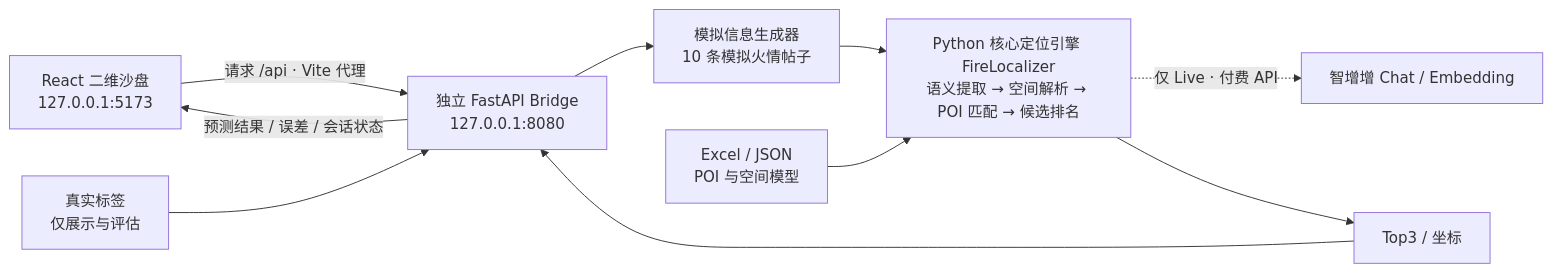
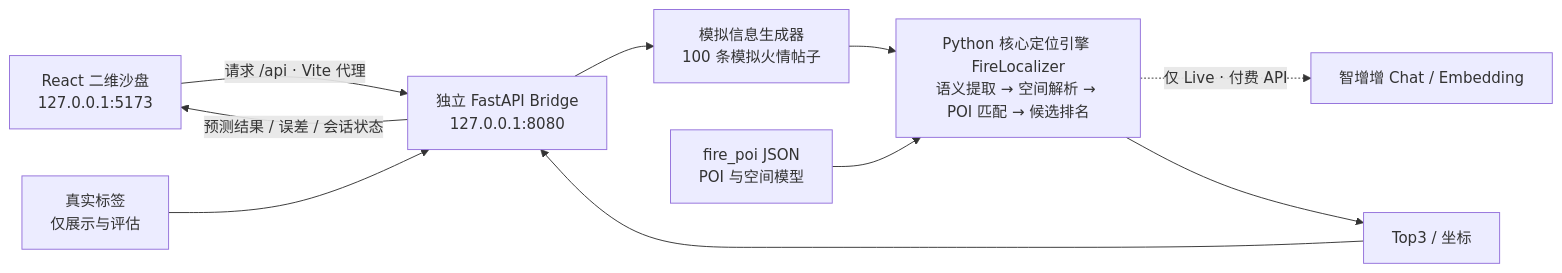
Before and after one commit to DStevenFelix/fire-localization-demo: the first of 2 diagrams in README.md, drawn with Mermaid. The commit also changed other lines of this file and 85 other files, not shown here.

Commit message:
在新的poi地图上的更新。

````diff
--- a/README.md
+++ b/README.md
@@ -23,12 +29,12 @@
 ```mermaid
 flowchart LR
   U["React 二维沙盘<br/>127.0.0.1:5173"] -->|"请求 /api · Vite 代理"| B["独立 FastAPI Bridge<br/>127.0.0.1:8080"]
-  B --> G["模拟信息生成器<br/>10 条模拟火情帖子"]
+  B --> G["模拟信息生成器<br/>100 条模拟火情帖子"]
   G --> F["Python 核心定位引擎 FireLocalizer<br/>语义提取 → 空间解析 → POI 匹配 → 候选排名"]
-  D["Excel / JSON<br/>POI 与空间模型"] --> F
+  D["fire_poi JSON<br/>POI 与空间模型"] --> F
   F -. "仅 Live · 付费 API" .-> M["智增增 Chat / Embedding"]
   F --> R["Top3 / 坐标"]
   R --> B
   T["真实标签<br/>仅展示与评估"] --> B
   B -->|"预测结果 / 误差 / 会话状态"| U
 ```
````
